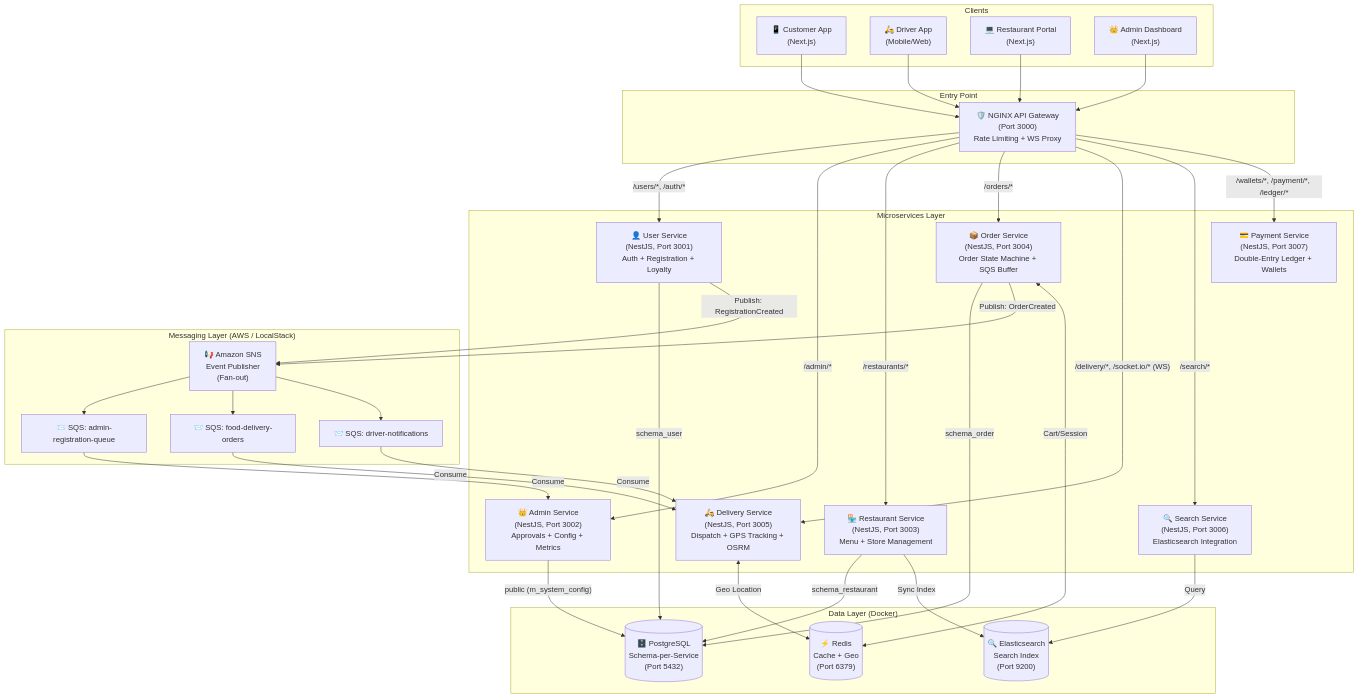
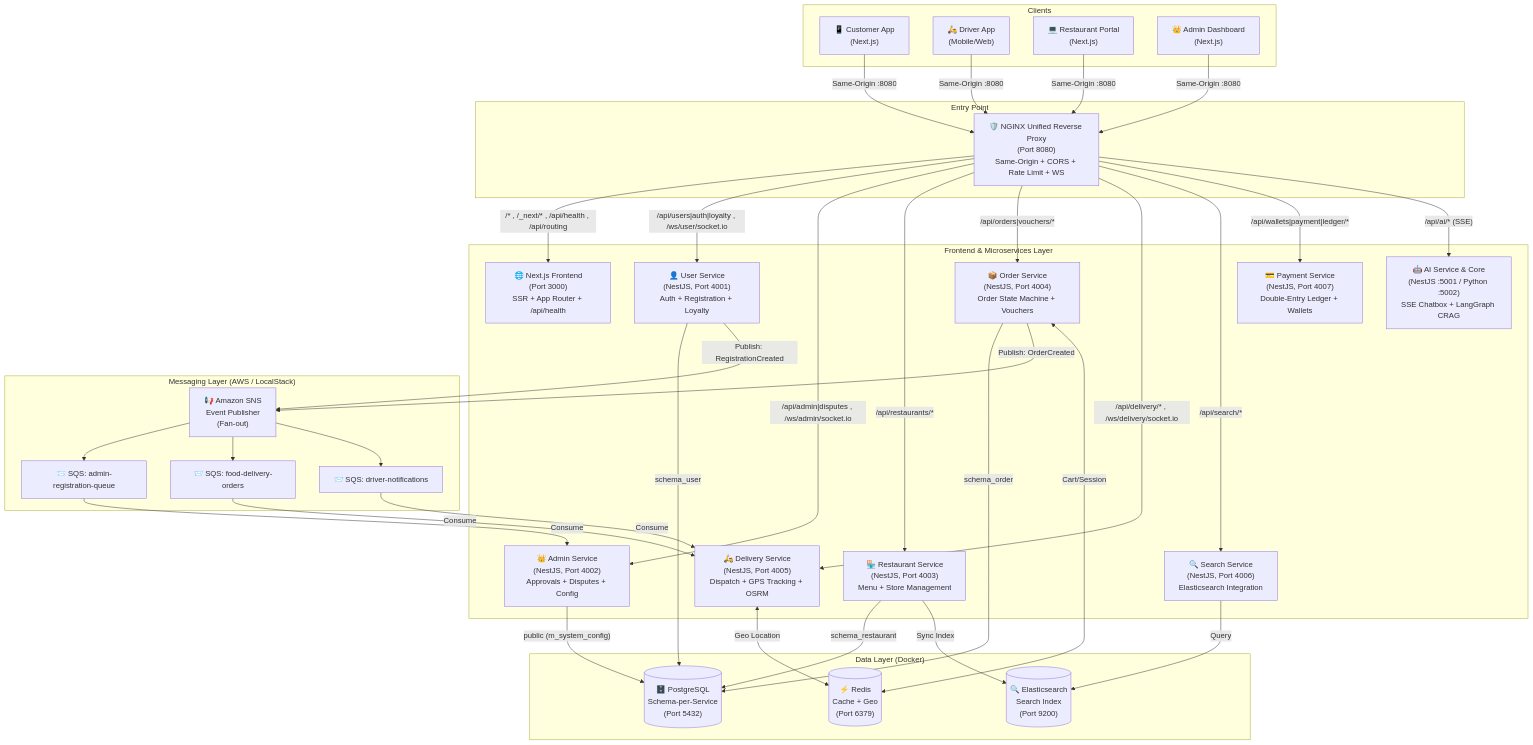
One commit to DuyBinh2003/FoodDelivery changed the diagram in docs/architecture/system-architecture.md. Above: the diagram before and after it, drawn with Mermaid. The commit also changed other lines of this file and 60 other files, not shown here.

Commit message:
feat: implement unified Nginx gateway, CORS architecture, and frontend-backend connectivity

````diff
--- a/docs/architecture/system-architecture.md
+++ b/docs/architecture/system-architecture.md
@@ -11,74 +11,78 @@
 ```mermaid
 graph TD
     subgraph "Clients"
         CA["📱 Customer App\n(Next.js)"]
         DA["🛵 Driver App\n(Mobile/Web)"]
         RP["💻 Restaurant Portal\n(Next.js)"]
         AD["👑 Admin Dashboard\n(Next.js)"]
     end
 
     subgraph "Entry Point"
-        GW["🛡️ NGINX API Gateway\n(Port 3000)\nRate Limiting + WS Proxy"]
+        GW["🛡️ NGINX Unified Reverse Proxy\n(Port 8080)\nSame-Origin + CORS + Rate Limit + WS"]
     end
 
-    subgraph "Microservices Layer"
-        US["👤 User Service\n(NestJS, Port 3001)\nAuth + Registration + Loyalty"]
-        AS["👑 Admin Service\n(NestJS, Port 3002)\nApprovals + Config + Metrics"]
-        RS["🏪 Restaurant Service\n(NestJS, Port 3003)\nMenu + Store Management"]
-        OS["📦 Order Service\n(NestJS, Port 3004)\nOrder State Machine + SQS Buffer"]
-        DS["🛵 Delivery Service\n(NestJS, Port 3005)\nDispatch + GPS Tracking + OSRM"]
-        SS["🔍 Search Service\n(NestJS, Port 3006)\nElasticsearch Integration"]
-        PS["💳 Payment Service\n(NestJS, Port 3007)\nDouble-Entry Ledger + Wallets"]
+    subgraph "Frontend & Microservices Layer"
+        FE["🌐 Next.js Frontend\n(Port 3000)\nSSR + App Router + /api/health"]
+        US["👤 User Service\n(NestJS, Port 4001)\nAuth + Registration + Loyalty"]
+        AS["👑 Admin Service\n(NestJS, Port 4002)\nApprovals + Disputes + Config"]
+        RS["🏪 Restaurant Service\n(NestJS, Port 4003)\nMenu + Store Management"]
+        OS["📦 Order Service\n(NestJS, Port 4004)\nOrder State Machine + Vouchers"]
+        DS["🛵 Delivery Service\n(NestJS, Port 4005)\nDispatch + GPS Tracking + OSRM"]
+        SS["🔍 Search Service\n(NestJS, Port 4006)\nElasticsearch Integration"]
+        PS["💳 Payment Service\n(NestJS, Port 4007)\nDouble-Entry Ledger + Wallets"]
+        AI["🤖 AI Service & Core\n(NestJS :5001 / Python :5002)\nSSE Chatbox + LangGraph CRAG"]
     end
 
     subgraph "Messaging Layer (AWS / LocalStack)"
         SNS["📢 Amazon SNS\nEvent Publisher\n(Fan-out)"]
         SQS_A["📨 SQS: admin-registration-queue"]
         SQS_O["📨 SQS: food-delivery-orders"]
         SQS_D["📨 SQS: driver-notifications"]
     end
 
     subgraph "Data Layer (Docker)"
         DB[("🗄️ PostgreSQL\nSchema-per-Service\n(Port 5432)")]
         Redis[("⚡ Redis\nCache + Geo\n(Port 6379)")]
         ES[("🔍 Elasticsearch\nSearch Index\n(Port 9200)")]
     end
 
     %% Client -> Gateway
-    CA & DA & RP & AD --> GW
+    CA & DA & RP & AD -->|"Same-Origin :8080"| GW
 
-    %% Gateway -> Services
-    GW -->|"/users/*, /auth/*"| US
-    GW -->|"/admin/*"| AS
-    GW -->|"/restaurants/*"| RS
-    GW -->|"/orders/*"| OS
-    GW -->|"/delivery/*, /socket.io/* (WS)"| DS
-    GW -->|"/search/*"| SS
-    GW -->|"/wallets/*, /payment/*, /ledger/*"| PS
+    %% Gateway -> Frontend & Services
+    GW -->|"/* , /_next/* , /api/health , /api/routing"| FE
+    GW -->|"/api/users|auth|loyalty , /ws/user/socket.io"| US
+    GW -->|"/api/admin|disputes , /ws/admin/socket.io"| AS
+    GW -->|"/api/restaurants/*"| RS
+    GW -->|"/api/orders|vouchers/*"| OS
+    GW -->|"/api/delivery/* , /ws/delivery/socket.io"| DS
+    GW -->|"/api/search/*"| SS
+    GW -->|"/api/wallets|payment|ledger/*"| PS
+    GW -->|"/api/ai/* (SSE)"| AI
 
     %% Services -> DB (Schema Isolated)
     US -->|"schema_user"| DB
     AS -->|"public (m_system_config)"| DB
     RS -->|"schema_restaurant"| DB
     OS -->|"schema_order"| DB
 
     %% Event Publishing
     US -->|"Publish: RegistrationCreated"| SNS
     OS -->|"Publish: OrderCreated"| SNS
 
     %% SNS -> SQS Fan-out
     SNS --> SQS_A
     SNS --> SQS_O
     SNS --> SQS_D
 
     %% SQS -> Consumers
     SQS_A -->|"Consume"| AS
     SQS_O -->|"Consume"| DS
     SQS_D -->|"Consume"| DS
 
     %% Cache & Search
     DS <-->|"Geo Location"| Redis
     OS <-->|"Cart/Session"| Redis
     RS -->|"Sync Index"| ES
     SS -->|"Query"| ES
 ```
````
